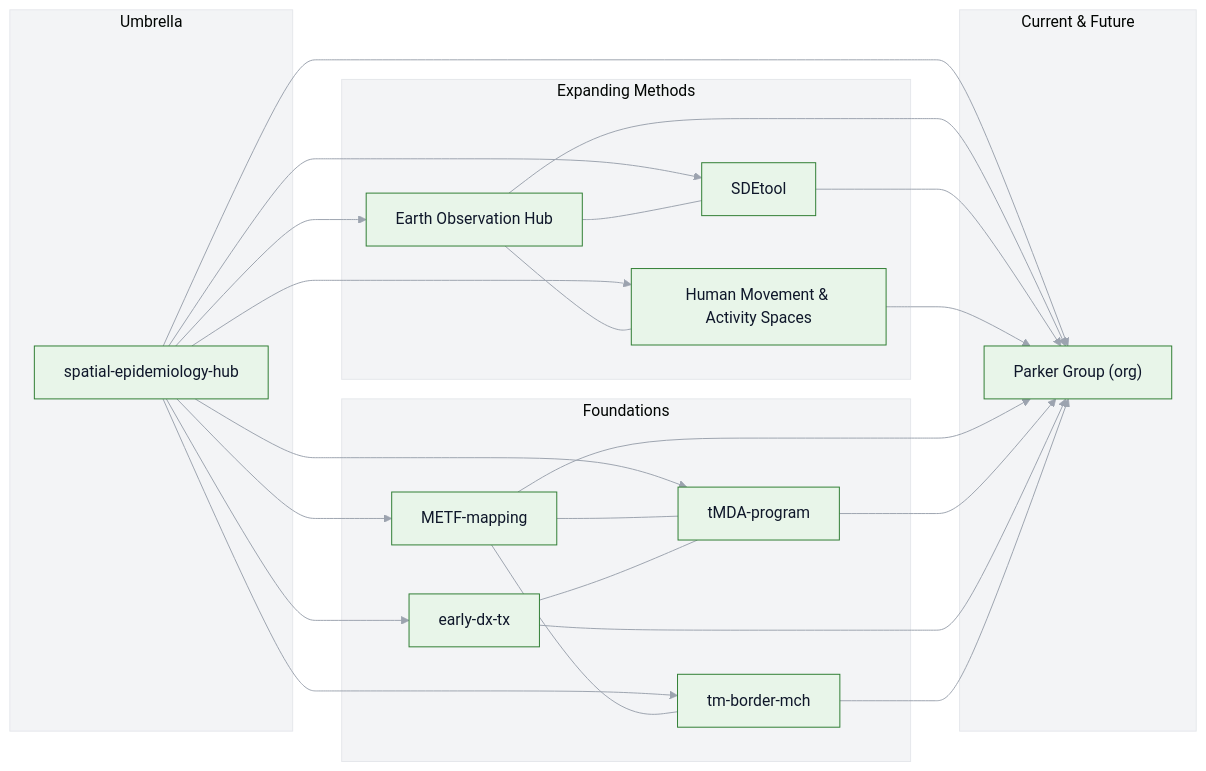
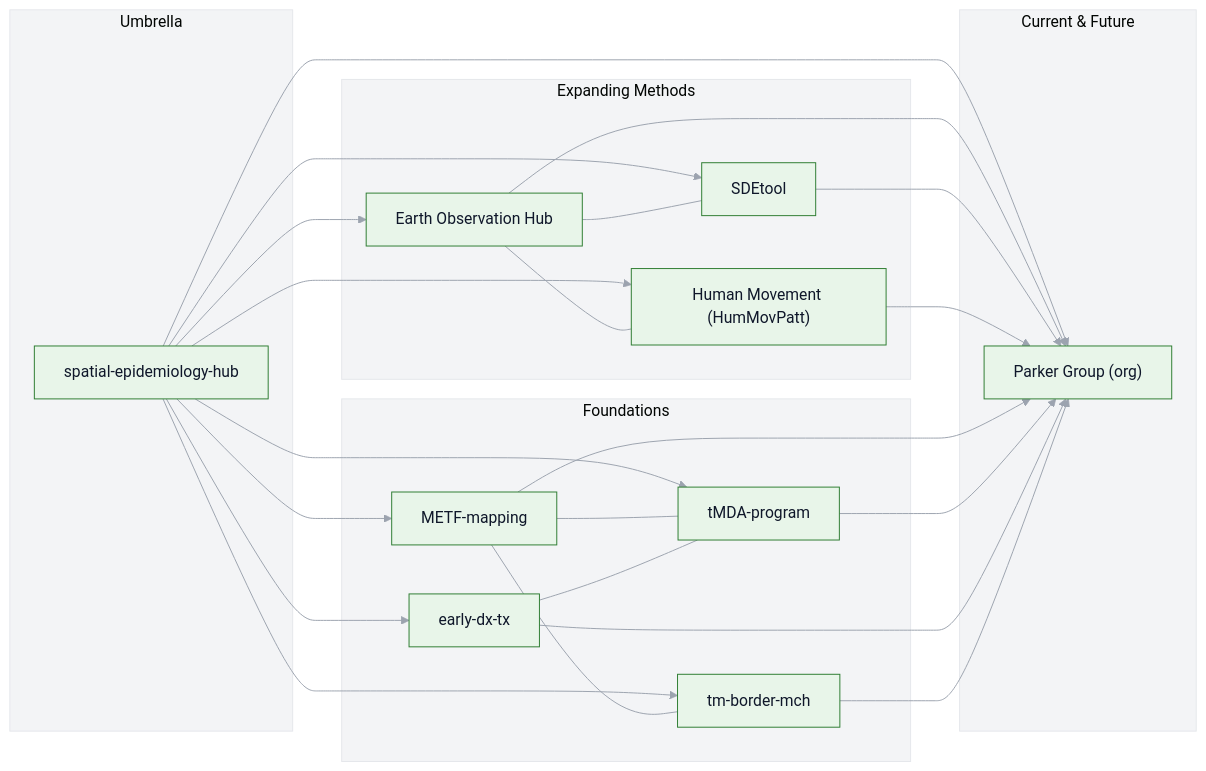
The diagram in README.md (DMParker1/spatial-epidemiology-hub), drawn with Mermaid before and after one commit. The commit also changed other lines of this file, not shown here.

````diff
--- a/README.md
+++ b/README.md
@@ -41,55 +41,55 @@
 ```mermaid
 %%{init: {"theme":"base","themeVariables":{
   "background":"#FAFAFA",
   "clusterBkg":"#F3F4F6",
   "clusterBorder":"#E5E7EB",
   "primaryColor":"#E8F5E9",
   "primaryBorderColor":"#2E7D32",
   "primaryTextColor":"#0F172A",
   "lineColor":"#9CA3AF"
 }}}%%
 flowchart LR
   subgraph A[Foundations]
     METF["METF-mapping"]
     EDT["early-dx-tx"]
     MCH["tm-border-mch"]
     tMDA["tMDA-program"]
   end
 
   subgraph B[Expanding Methods]
     EO["Earth Observation Hub"]
     SDE["SDEtool"]
-    HM["Human Movement & Activity Spaces"]
+    HM["Human Movement (HumMovPatt)"]
   end
 
   subgraph C[Umbrella]
     GIS["spatial-epidemiology-hub"]
   end
 
   subgraph D[Current & Future]
     PG["Parker Group (org)"]
   end
 
   GIS --> METF
   GIS --> tMDA
   GIS --> EDT
   GIS --> MCH
   GIS --> EO
   GIS --> SDE
   GIS --> HM
   GIS --> PG
 
   METF --- tMDA
   EDT --- tMDA
   METF --- MCH
   EO --- SDE
   EO --- HM
 
   EO --> PG
   SDE --> PG
   HM --> PG
   METF --> PG
   tMDA --> PG
   EDT --> PG
   MCH --> PG
 ```
````
